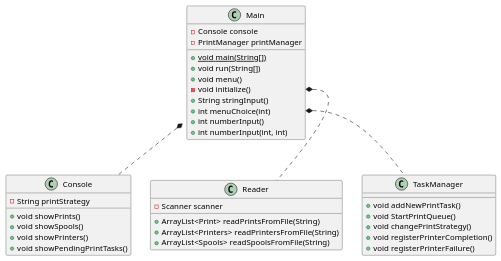
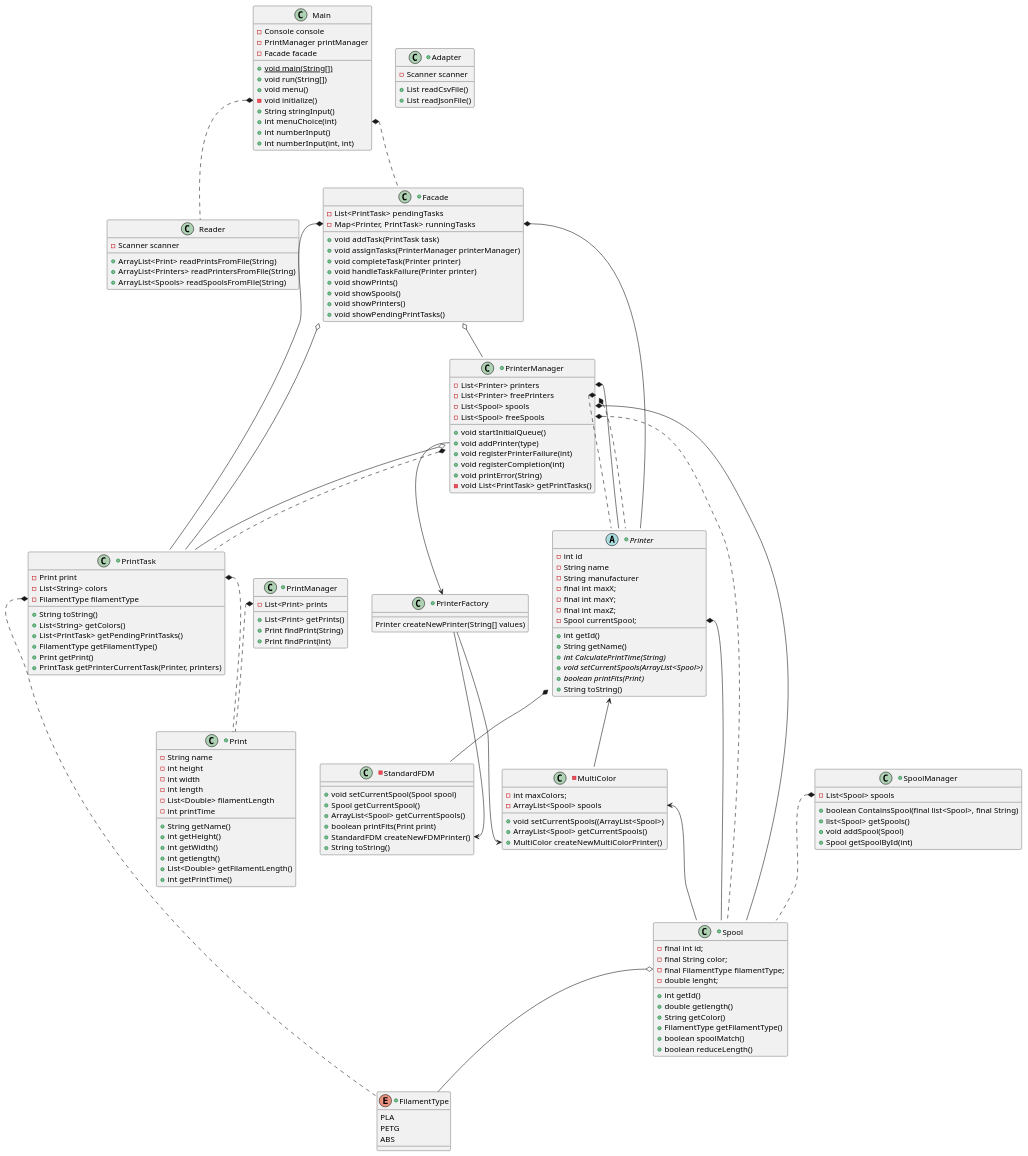
The diagram in 3dprintscheduler-main/docs/diagrams/NewMainClassDiagram.puml (mhountsword/SysteemOntwerp), drawn with PlantUML before and after one commit. The commit also changed 4 other files, not shown here.

```diff
--- a/3dprintscheduler-main/docs/diagrams/NewMainClassDiagram.puml
+++ b/3dprintscheduler-main/docs/diagrams/NewMainClassDiagram.puml
@@ -1,44 +1,191 @@
 @startuml
 'https://plantuml.com/class-diagram
 
 class Main {
 -Console console
 -PrintManager printManager
+-Facade facade
 +{static}void main(String[])
 +void run(String[])
 +void menu()
 -void initialize()
 +String stringInput()
 +int menuChoice(int)
 +int numberInput()
 +int numberInput(int, int)
 }
 
-class Console {
--String printStrategy
-+void showPrints()
-+void showSpools()
-+void showPrinters()
-+void showPendingPrintTasks()
-}
-
 class Reader {
 -Scanner scanner
 +ArrayList<Print> readPrintsFromFile(String)
 +ArrayList<Printers> readPrintersFromFile(String)
 +ArrayList<Spools> readSpoolsFromFile(String)
 }
 
-class TaskManager {
-+void addNewPrintTask()
-+void StartPrintQueue()
-+void changePrintStrategy()
-+void registerPrinterCompletion()
-+void registerPrinterFailure()
+Main::menuChoice *.. Facade
+Main::initialize *.. Reader
+
++class PrinterManager{
+-List<Printer> printers
+-List<Printer> freePrinters
+-List<Spool> spools
+-List<Spool> freeSpools
++void startInitialQueue()
++void addPrinter(type)
++void registerPrinterFailure(int)
++void registerCompletion(int)
++void printError(String)
+-void List<PrintTask> getPrintTasks()
+}
+PrinterManager::printers *-- Printer
+PrinterManager::freePrinters *.. Printer
+PrinterManager::pendingPrintTasks o-- PrintTask
+PrinterManager::spools *-- Spool
+PrinterManager::freeSpools *.. Spool
+PrinterManager::runningPrintTask *.. Printer
+PrinterManager::runningPrintTask *.. PrintTask
+
++class Facade{
+    - List<PrintTask> pendingTasks
+    - Map<Printer, PrintTask> runningTasks
+    + void addTask(PrintTask task)
+    + void assignTasks(PrinterManager printerManager)
+    + void completeTask(Printer printer)
+    + void handleTaskFailure(Printer printer)
+    +void showPrints()
+    +void showSpools()
+    +void showPrinters()
+    +void showPendingPrintTasks()
+}
+Facade::runningTasks *-- Printer
+Facade::runningTasks *-- PrintTask
+Facade o-- PrinterManager
+Facade o-- PrintTask
+
++class PrintManager{
+-List<Print> prints
++List<Print> getPrints()
++Print findPrint(String)
++Print findPrint(int)
+}
+PrintManager::prints *.. Print
+
+
++class SpoolManager{
+-List<Spool> spools
++boolean ContainsSpool(final list<Spool>, final String)
++list<Spool> getSpools()
++void addSpool(Spool)
++Spool getSpoolById(int)
 }
 
-Main *.. Console
-Main::menuChoice *.. TaskManager
-Main::initialize *.. Reader
+SpoolManager::spools *.. Spool
+
++class PrintTask{
+-Print print
+-List<String> colors
+-FilamentType filamentType
++String toString()
++List<String> getColors()
++List<PrintTask> getPendingPrintTasks()
++FilamentType getFilamentType()
++Print getPrint()
++PrintTask getPrinterCurrentTask(Printer, printers)
+}
+
+PrintTask::print *.. Print
+PrintTask::filamentType *.. FilamentType
+
++enum FilamentType{
+    PLA
+    PETG
+    ABS
+}
+
++abstract class Printer{
+- int id
+-String name
+-String manufacturer
++ int getId()
++ String getName()
+- final int maxX;
+- final int maxY;
+- final int maxZ;
+- Spool currentSpool;
++ {abstract} int CalculatePrintTime(String)
++{abstract} void setCurrentSpools(ArrayList<Spool>)
++ {abstract} boolean printFits(Print)
++String toString()
+}
+Printer::currentSpool *-- Spool
+
+
+
+
++class Print{
+-String name
+- int height
+- int width
+- int length
+- List<Double> filamentLength
+- int printTime
++ String getName()
++ int getHeight()
++ int getWidth()
++ int getlength()
++ List<Double> getFilamentLength()
++ int getPrintTime()
+}
+
++class Spool{
+- final int id;
+- final String color;
+- final FilamentType filamentType;
+-double lenght;
++int getId()
++double getlength()
++String getColor()
++FilamentType getFilamentType()
++ boolean spoolMatch()
++boolean reduceLength()
+}
+
+Spool::filamentType o-- FilamentType
+
+
+-class StandardFDM{
++void setCurrentSpool(Spool spool)
++Spool getCurrentSpool()
++ArrayList<Spool> getCurrentSpools()
++boolean printFits(Print print)
++StandardFDM createNewFDMPrinter()
++String toString()
+}
+
+Printer *-- StandardFDM
+
+-class MultiColor{
+- int maxColors;
+- ArrayList<Spool> spools
++void setCurrentSpools((ArrayList<Spool>)
++ArrayList<Spool> getCurrentSpools()
++MultiColor createNewMultiColorPrinter()
+}
+Printer <-- MultiColor
+MultiColor::spools <-- Spool
+
++class PrinterFactory{
+Printer createNewPrinter(String[] values)
+}
+PrinterManager::addPrinter --> PrinterFactory
+PrinterFactory --> StandardFDM::createNewFDMPrinter
+PrinterFactory --> MultiColor::createNewMultiColorPrinter
+
+ +class Adapter{
+ - Scanner scanner
+ + List readCsvFile()
+ + List readJsonFile()
+ }
+
 
 @enduml
```
